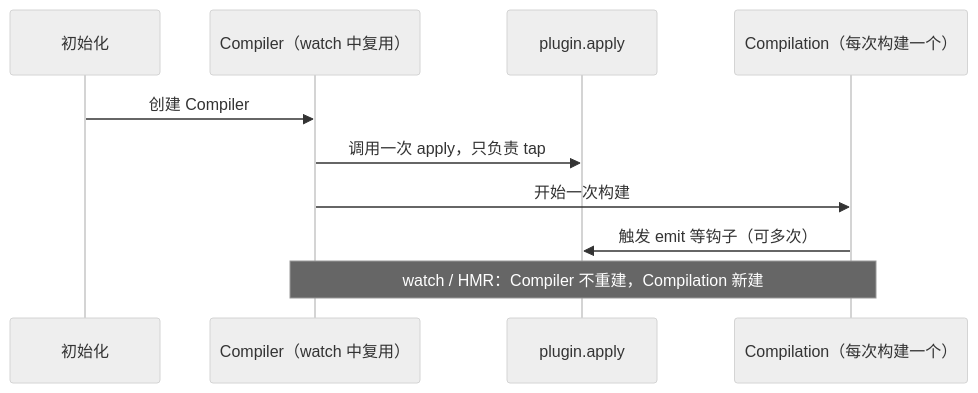
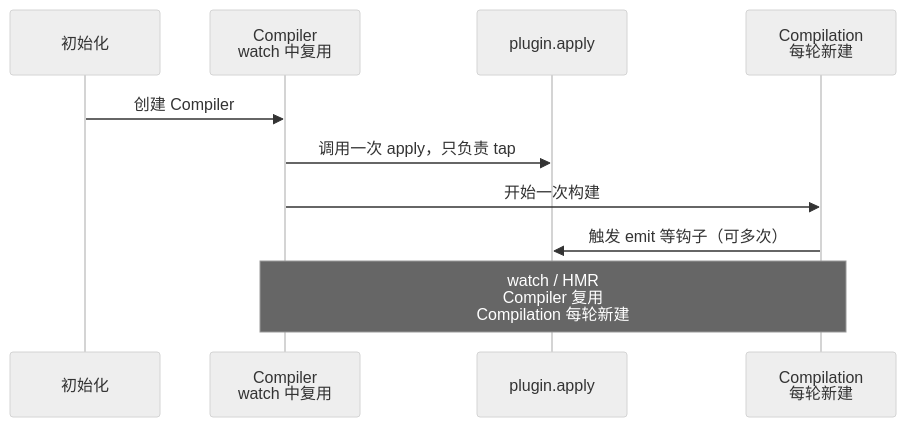
The fourth of 14 diagrams in content/posts/frontend-build-tools-evolution.mdx (Jaxon1216/homepage), drawn with Mermaid (neutral theme) before and after one commit. The commit also changed other lines of this file and 16 other files, not shown here.

````diff
--- a/content/posts/frontend-build-tools-evolution.mdx
+++ b/content/posts/frontend-build-tools-evolution.mdx
@@ -341,12 +357,12 @@
-```mermaid
+```mermaid title="插件注册与构建对象的生命周期"
 sequenceDiagram
   participant Init as 初始化
-  participant C as Compiler（watch 中复用）
+  participant C as Compiler<br/>watch 中复用
   participant P as plugin.apply
-  participant Comp as Compilation（每次构建一个）
+  participant Comp as Compilation<br/>每轮新建
   Init->>C: 创建 Compiler
   C->>P: 调用一次 apply，只负责 tap
   C->>Comp: 开始一次构建
   Comp->>P: 触发 emit 等钩子（可多次）
-  Note over C,Comp: watch / HMR：Compiler 不重建，Compilation 新建
+  Note over C,Comp: watch / HMR<br/>Compiler 复用<br/>Compilation 每轮新建
 ```
````
